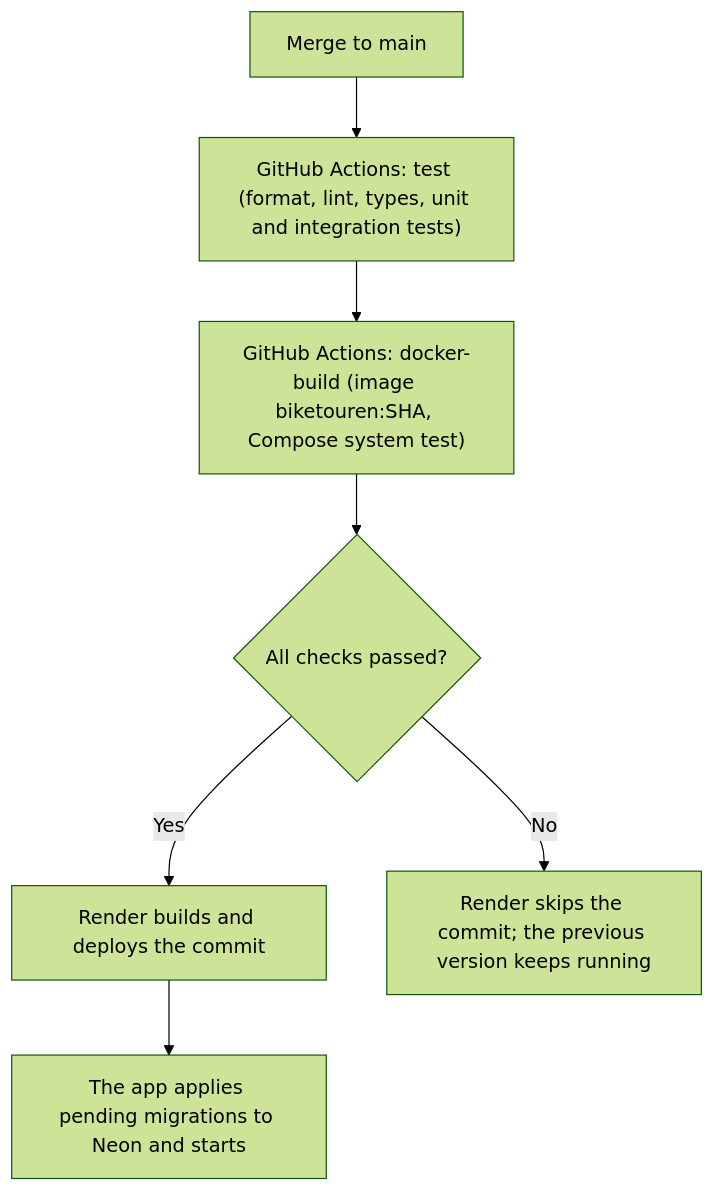
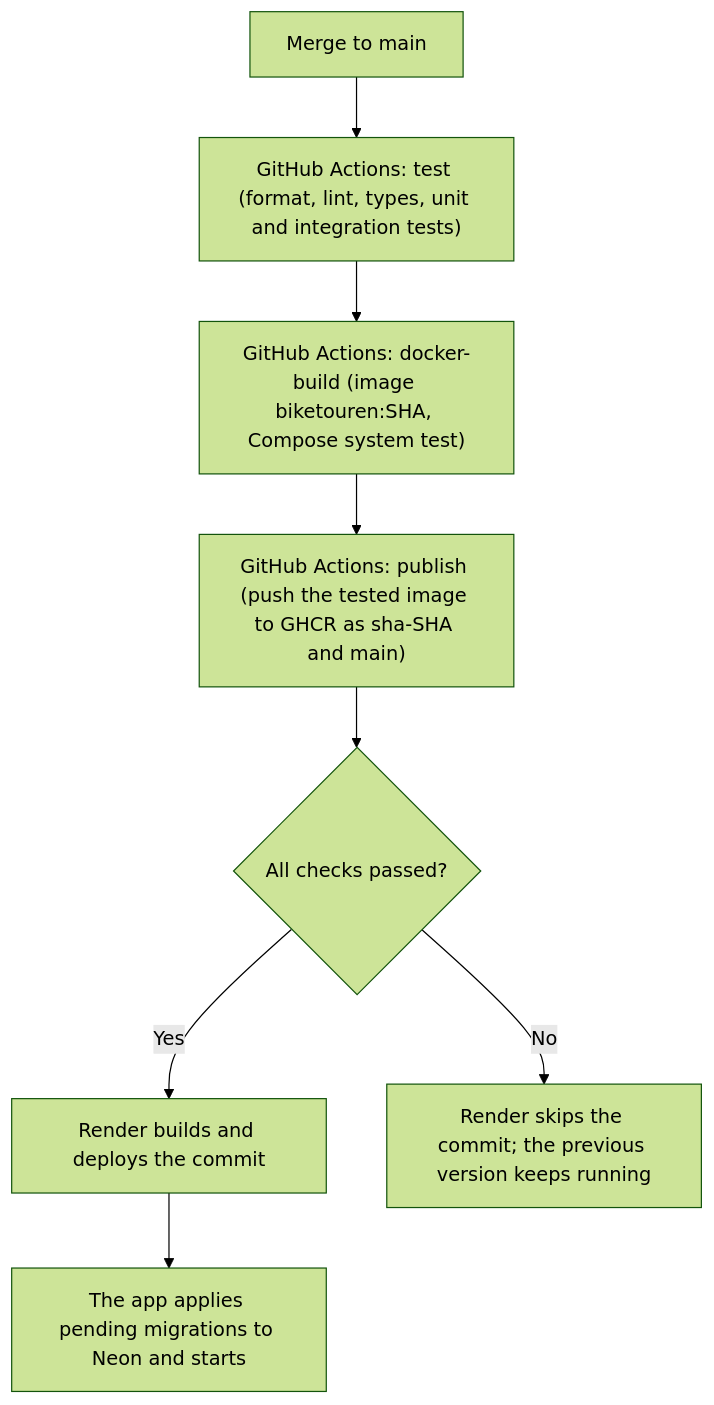
The diagram in Code/docs/cd.md (cediackermann/m324-gruppe3), drawn with Mermaid (forest theme) before and after one commit. The commit also changed other lines of this file and 6 other files, not shown here.

First line of the commit message:
ci: publish the tested image to GitHub Container Registry (#23)

````diff
--- a/Code/docs/cd.md
+++ b/Code/docs/cd.md
@@ -9,9 +9,10 @@
 ```mermaid
 flowchart TD
     A["Merge to main"] --> B["GitHub Actions: test (format, lint, types, unit and integration tests)"]
     B --> C["GitHub Actions: docker-build (image biketouren:SHA, Compose system test)"]
-    C --> D{"All checks passed?"}
+    C --> P["GitHub Actions: publish (push the tested image to GHCR as sha-SHA and main)"]
+    P --> D{"All checks passed?"}
     D -->|Yes| E["Render builds and deploys the commit"]
     D -->|No| F["Render skips the commit; the previous version keeps running"]
     E --> G["The app applies pending migrations to Neon and starts"]
 ```
````
